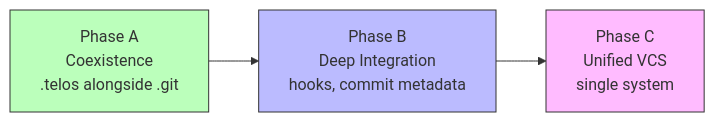
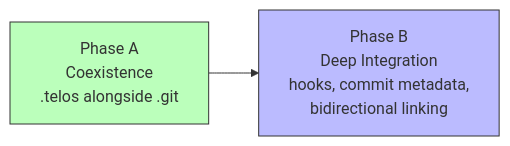
One commit to noahatfin/telos changed the fifth of 6 diagrams in docs/TELOS_V2_DESIGN.md. Above: the diagram before and after it, drawn with Mermaid. The commit also changed other lines of this file, not shown here.

````diff
--- a/docs/TELOS_V2_DESIGN.md
+++ b/docs/TELOS_V2_DESIGN.md
@@ -1244,12 +1221,10 @@
 ```mermaid
 graph LR
     A["Phase A<br/>Coexistence<br/>.telos alongside .git"]
-    B["Phase B<br/>Deep Integration<br/>hooks, commit metadata"]
-    C["Phase C<br/>Unified VCS<br/>single system"]
+    B["Phase B<br/>Deep Integration<br/>hooks, commit metadata,<br/>bidirectional linking"]
 
-    A --> B --> C
+    A --> B
 
     style A fill:#bfb,stroke:#333
     style B fill:#bbf,stroke:#333
-    style C fill:#fbf,stroke:#333
 ```
````
